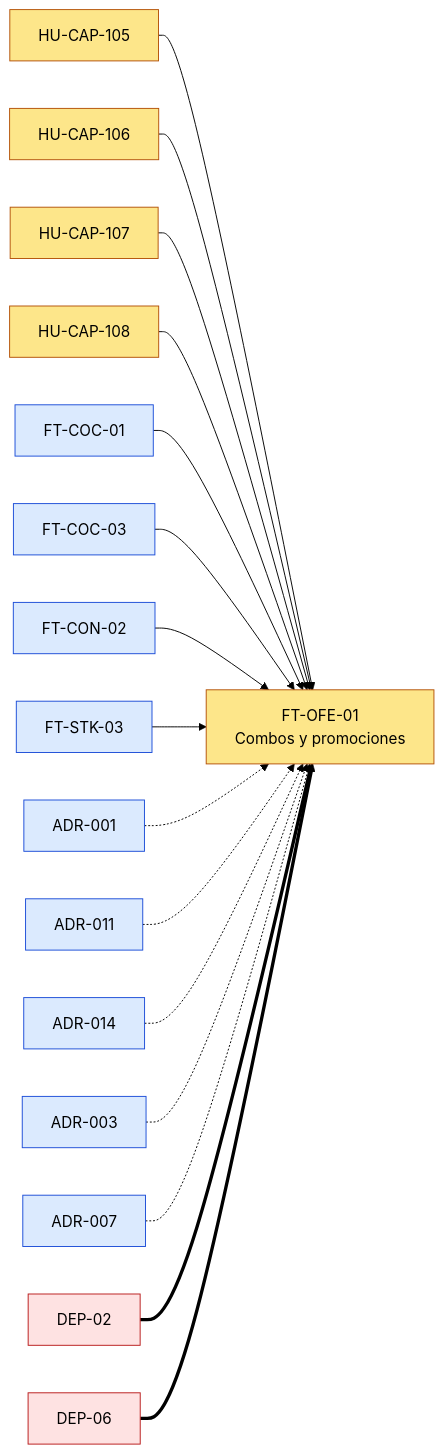
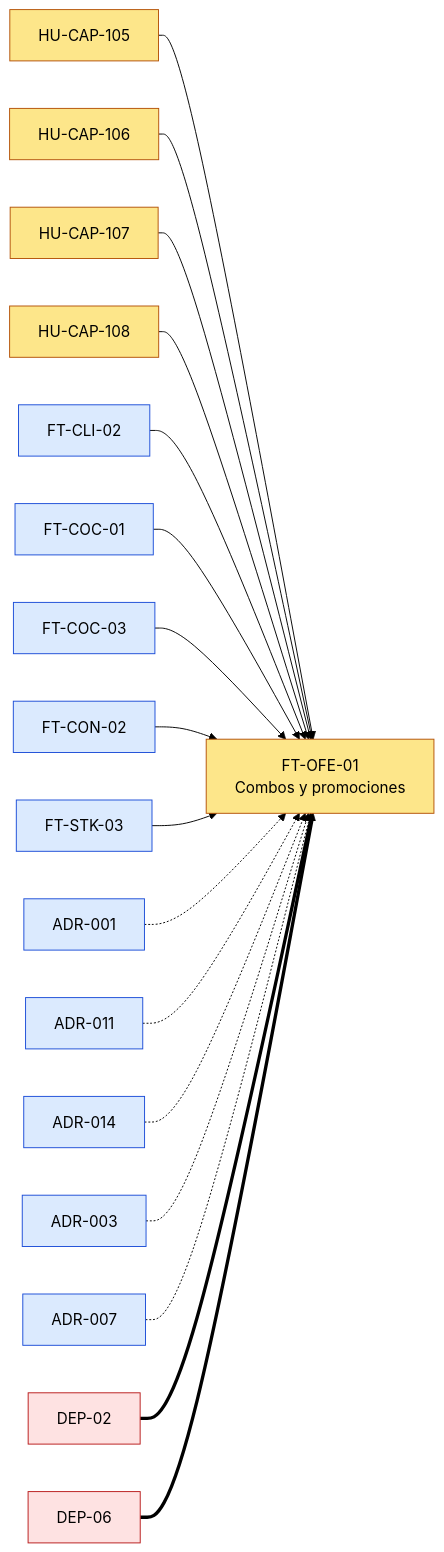
The first of 5 diagrams in docs/dor/DOR-FT-OFE-01-combos-y-promociones.md (JoseEM26/caprichos), drawn with Mermaid (forest theme) before and after one commit. The commit also changed other lines of this file and 208 other files, not shown here.

````diff
--- a/docs/dor/DOR-FT-OFE-01-combos-y-promociones.md
+++ b/docs/dor/DOR-FT-OFE-01-combos-y-promociones.md
@@ -51,22 +51,23 @@
 ```mermaid
 flowchart LR
   classDef evaluado fill:#fde68a,stroke:#b45309
   classDef interna fill:#dbeafe,stroke:#1d4ed8
   classDef externa fill:#fee2e2,stroke:#b91c1c
   FT_OFE_01["FT-OFE-01<br>Combos y promociones"]:::evaluado
   HU_CAP_105["HU-CAP-105"]:::evaluado --> FT_OFE_01
   HU_CAP_106["HU-CAP-106"]:::evaluado --> FT_OFE_01
   HU_CAP_107["HU-CAP-107"]:::evaluado --> FT_OFE_01
   HU_CAP_108["HU-CAP-108"]:::evaluado --> FT_OFE_01
+  FT_CLI_02["FT-CLI-02"]:::interna --> FT_OFE_01
   FT_COC_01["FT-COC-01"]:::interna --> FT_OFE_01
   FT_COC_03["FT-COC-03"]:::interna --> FT_OFE_01
   FT_CON_02["FT-CON-02"]:::interna --> FT_OFE_01
   FT_STK_03["FT-STK-03"]:::interna --> FT_OFE_01
   ADR_001["ADR-001"]:::interna -.-> FT_OFE_01
   ADR_011["ADR-011"]:::interna -.-> FT_OFE_01
   ADR_014["ADR-014"]:::interna -.-> FT_OFE_01
   ADR_003["ADR-003"]:::interna -.-> FT_OFE_01
   ADR_007["ADR-007"]:::interna -.-> FT_OFE_01
   DEP_02["DEP-02"]:::externa ==> FT_OFE_01
   DEP_06["DEP-06"]:::externa ==> FT_OFE_01
 ```
````
